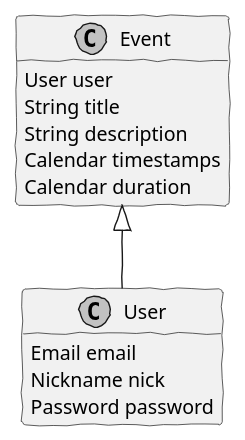
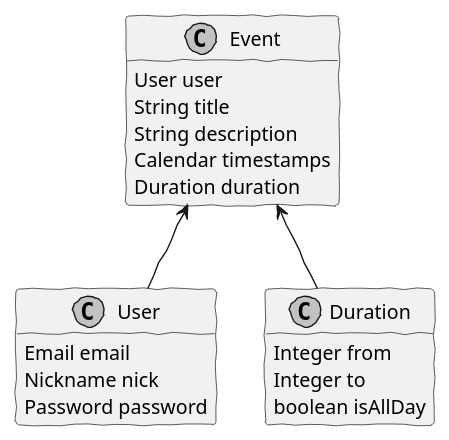
Before and after one commit to HugoFernandes2343/LAPR4_2017-2018: the diagram in docs/red/s1161213/sp1/dm.puml, drawn with PlantUML. The commit also changed 9 other files, not shown here.

```diff
--- a/docs/red/s1161213/sp1/dm.puml
+++ b/docs/red/s1161213/sp1/dm.puml
@@ -1,26 +1,32 @@
 @startuml  dm.png
 skinparam handwritten true
 skinparam monochrome true
 skinparam packageStyle rect
 skinparam defaultFontName FG Virgil
 skinparam shadowing false
 
 hide empty methods
 
 class Event {
     User user
 	String title
 	String description
 	Calendar timestamps
-	Calendar duration
+	Duration duration
 }
 
 class User{
 	Email email
 	Nickname nick
 	Password password
 }
 
-Event <|-- User
+class Duration{
+    Integer from
+    Integer to
+    boolean isAllDay
+}
 
+Event <-- User
+Event <-- Duration
 @enduml
```
